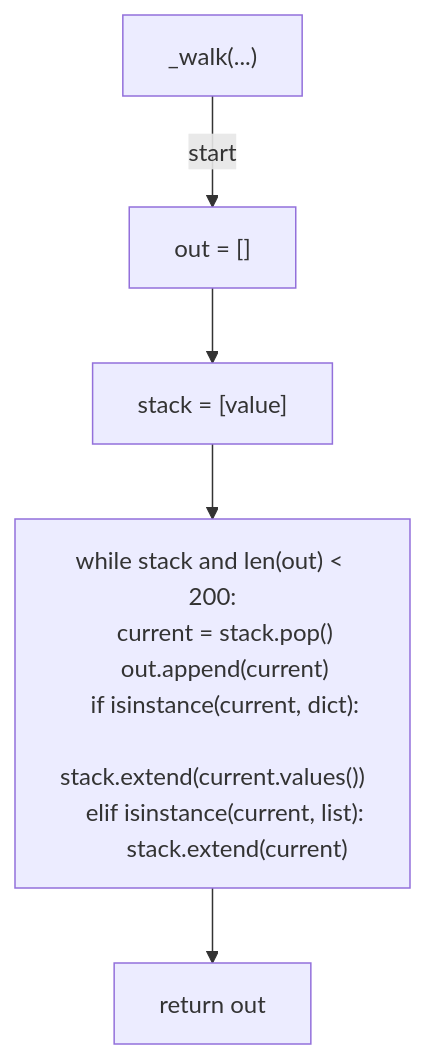
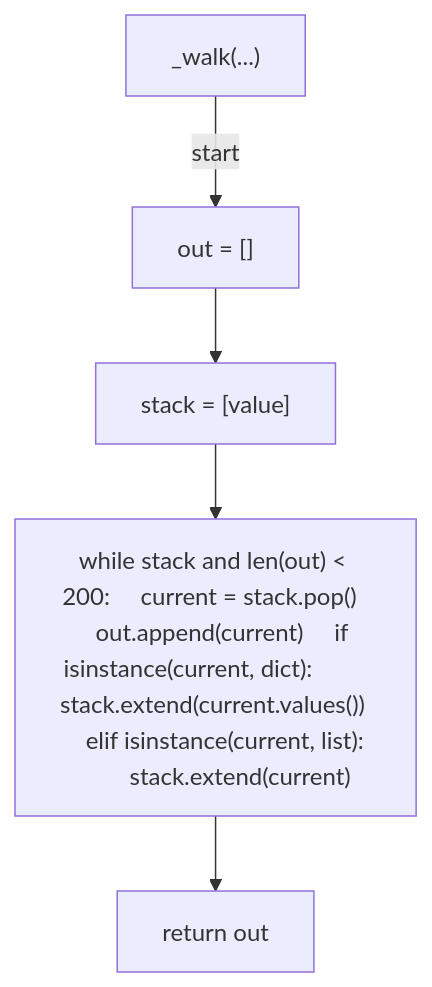
The first of 10 diagrams in docs/generated/scripts/ast/post_pr_create_ci_monitor.md (tvna/claude-md), drawn with Mermaid before and after one commit. The commit also changed other lines of this file and 30 other files, not shown here.

First line of the commit message:
docs(generated): regenerate decision tree and workflow diagrams (batch 2/5)

````diff
--- a/docs/generated/scripts/ast/post_pr_create_ci_monitor.md
+++ b/docs/generated/scripts/ast/post_pr_create_ci_monitor.md
@@ -7,18 +7,12 @@
 ```mermaid
 flowchart TD
     N001["_walk(...)"]
     N002["out = []"]
     N003["stack = [value]"]
-    N004["while stack and len(out) < 200:
-    current = stack.pop()
-    out.append(current)
-    if isinstance(current, dict):
-        stack.extend(current.values())
-    elif isinstance(current, list):
-        stack.extend(current)"]
+    N004["while stack and len(out) < 200:     current = stack.pop()     out.append(current)     if isinstance(current, dict):         stack.extend(current.values())     elif isinstance(current, list):         stack.extend(current)"]
     N005["return out"]
     N001 -->|"start"| N002
     N002 --> N003
     N003 --> N004
     N004 --> N005
 ```
````
